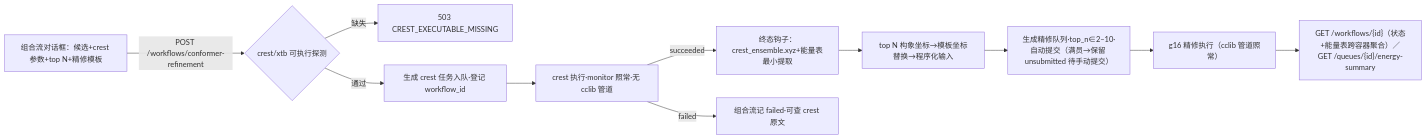
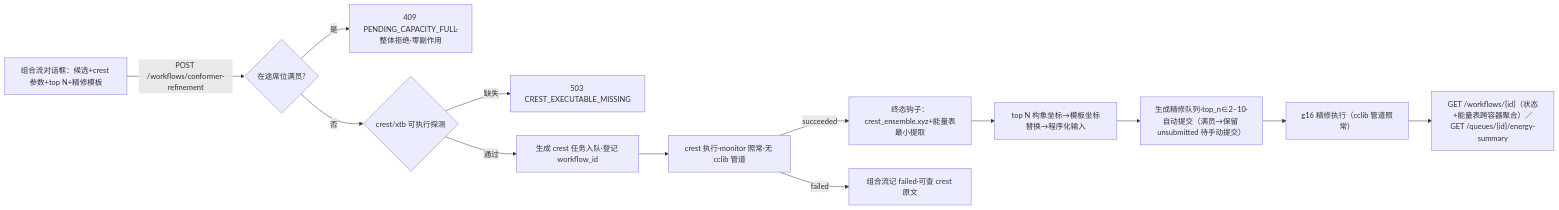
One commit to baizhancaiji/gauforge changed the sixth of 6 diagrams in docs/plans/m3-m4-plan.md. Above: the diagram before and after it, drawn with Mermaid. The commit also changed other lines of this file, not shown here.

````diff
--- a/docs/plans/m3-m4-plan.md
+++ b/docs/plans/m3-m4-plan.md
@@ -785,13 +863,15 @@
 ```mermaid
 flowchart LR
-    DIA[组合流对话框：候选+crest 参数+top N+精修模板] -->|"POST /workflows/conformer-refinement"| CHK{crest/xtb 可执行探测}
+    DIA[组合流对话框：候选+crest 参数+top N+精修模板] -->|"POST /workflows/conformer-refinement"| SEAT{在途席位满员?}
+    SEAT -->|是| E409[409 PENDING_CAPACITY_FULL·整体拒绝·零副作用]
+    SEAT -->|否| CHK{crest/xtb 可执行探测}
     CHK -->|缺失| E503[503 CREST_EXECUTABLE_MISSING]
     CHK -->|通过| CT[生成 crest 任务入队·登记 workflow_id]
     CT --> CR[crest 执行·monitor 照常·无 cclib 管道]
     CR -->|succeeded| EXT[终态钩子：crest_ensemble.xyz+能量表最小提取]
     CR -->|failed| WFB[组合流记 failed·可查 crest 原文]
     EXT --> GEN[top N 构象坐标→模板坐标替换→程序化输入]
     GEN --> Q[生成精修队列·top_n∈2–10·自动提交（满员→保留 unsubmitted 待手动提交）]
     Q --> REF[g16 精修执行（cclib 管道照常）]
     REF --> SUM["GET /workflows/{id}（状态+能量表跨容器聚合）／GET /queues/{id}/energy-summary"]
 ```
````
